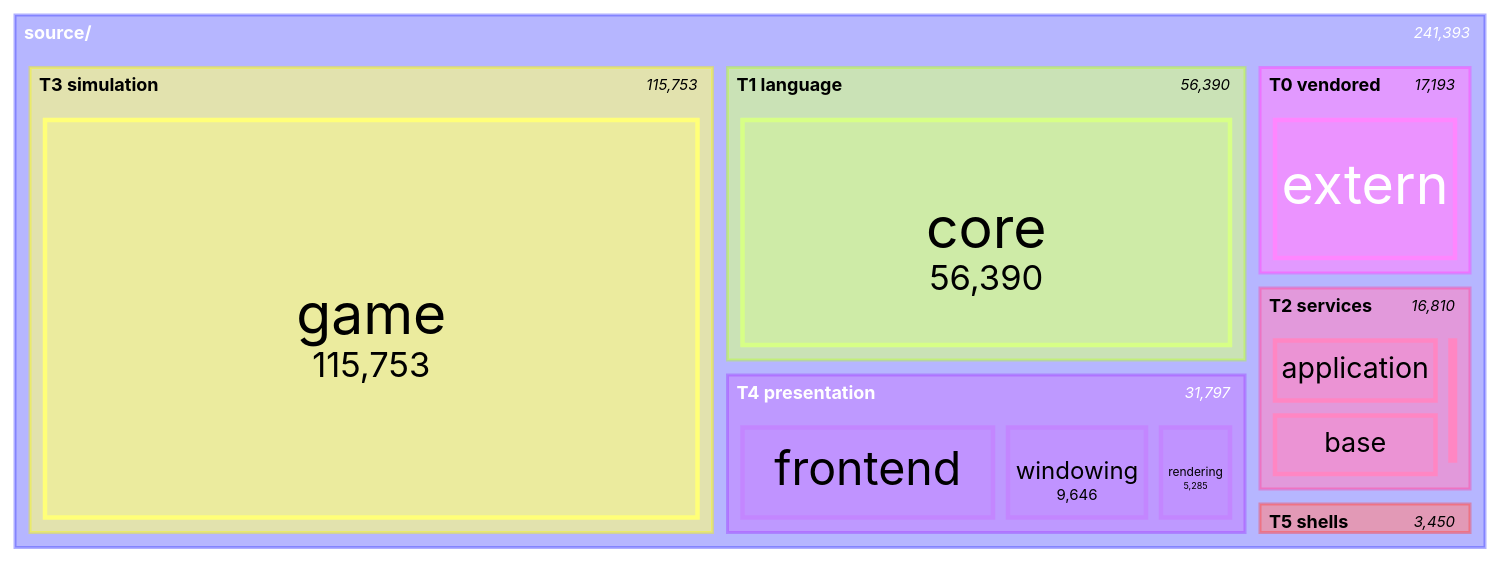
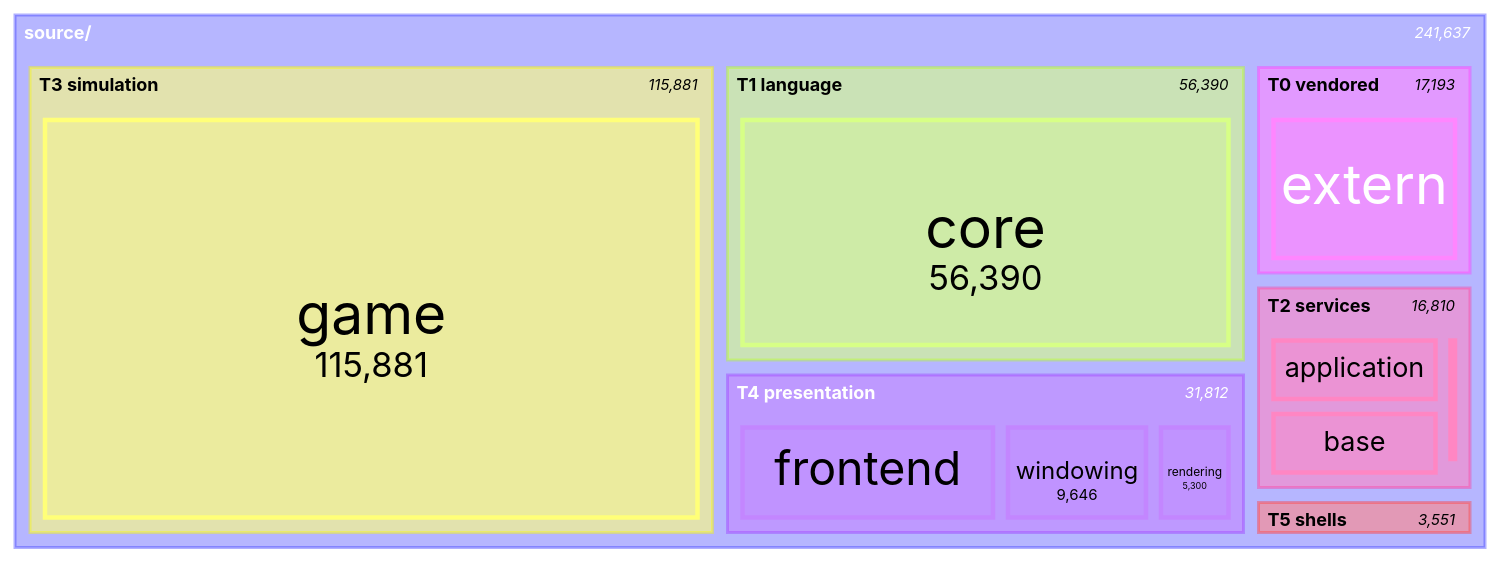
One commit to apnex/OpenStarbound changed the seventh of 11 diagrams in docs/architecture/system-boundaries.md. Above: the diagram before and after it, drawn with Mermaid. The commit also changed other lines of this file and 9 other files, not shown here.

````diff
--- a/docs/architecture/system-boundaries.md
+++ b/docs/architecture/system-boundaries.md
@@ -599,22 +599,22 @@
 ```mermaid
 treemap-beta
 "source/"
     "T0 vendored"
         "extern": 17193
     "T1 language"
         "core": 56390
     "T2 services"
         "application": 7677
         "base": 7472
         "metrics": 1519
         "platform": 142
     "T3 simulation"
-        "game": 115753
+        "game": 115881
     "T4 presentation"
         "frontend": 16866
         "windowing": 9646
-        "rendering": 5285
+        "rendering": 5300
     "T5 shells"
-        "client": 2667
+        "client": 2768
         "server": 783
 ```
````
